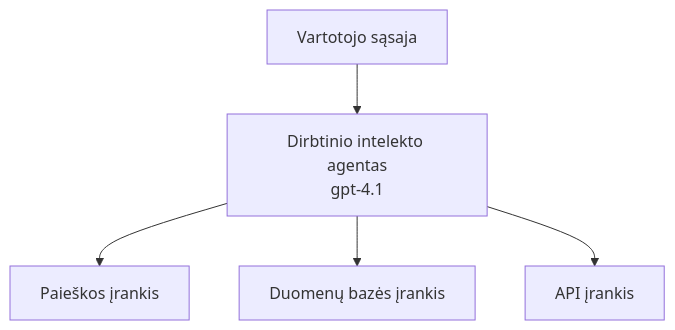
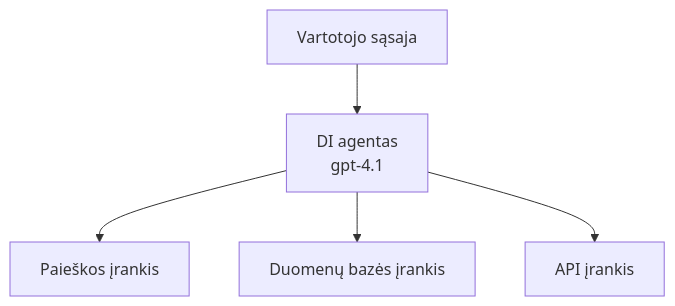
One commit to microsoft/AZD-for-beginners changed the first of 3 diagrams in translations/lt/docs/chapter-02-ai-development/agents.md. Above: the diagram before and after it, drawn with Mermaid. The commit also changed other lines of this file and 59 other files, not shown here.

````diff
--- a/translations/lt/docs/chapter-02-ai-development/agents.md
+++ b/translations/lt/docs/chapter-02-ai-development/agents.md
@@ -162,7 +162,7 @@
 ```mermaid
 graph TD
-    UI[Vartotojo sąsaja] --> Agent[Dirbtinio intelekto agentas<br/>gpt-4.1]
+    UI[Vartotojo sąsaja] --> Agent[DI agentas<br/>gpt-4.1]
     Agent --> Search[Paieškos įrankis]
     Agent --> Database[Duomenų bazės įrankis]
     Agent --> API[API įrankis]
 ```
````
